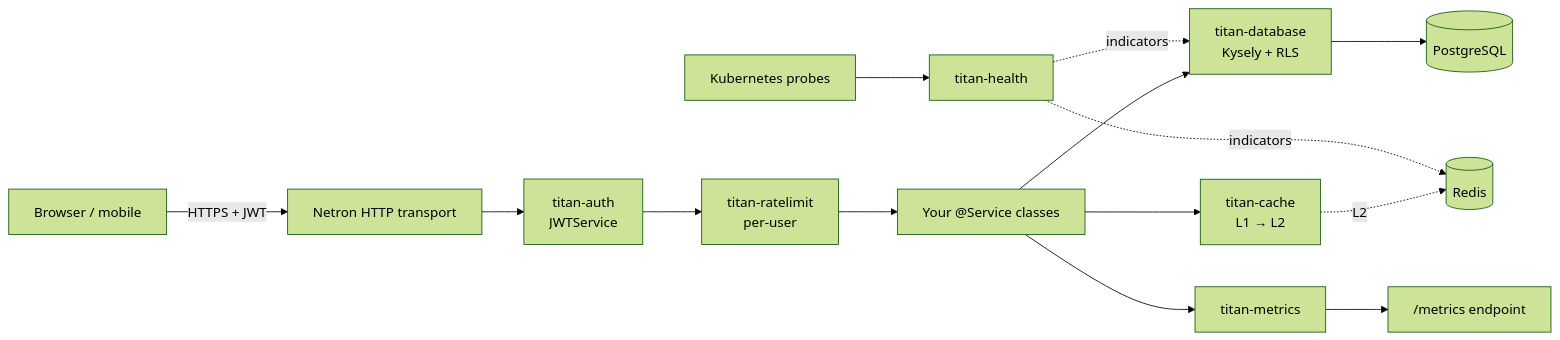
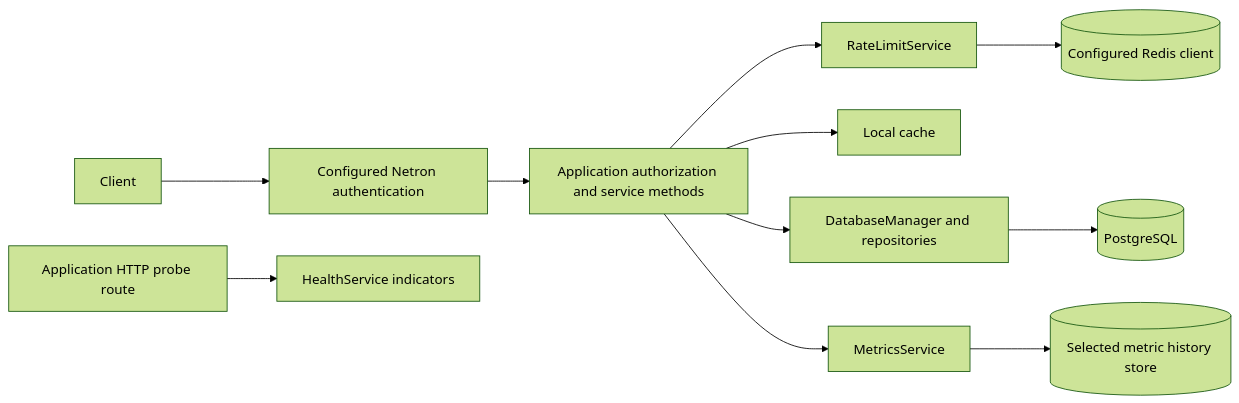
The diagram in docs/titan/recipes/api-service.md (omnitron-dev/website), drawn with Mermaid (forest theme) before and after one commit. The commit also changed other lines of this file and 44 other files, not shown here.

````diff
--- a/docs/titan/recipes/api-service.md
+++ b/docs/titan/recipes/api-service.md
@@ -32,17 +28,13 @@
 ```mermaid
 flowchart LR
-  Client[Browser / mobile]
-  Client -->|HTTPS + JWT| Edge[Netron HTTP transport]
-  Edge --> Auth[titan-auth<br/>JWTService]
-  Auth --> Rate[titan-ratelimit<br/>per-user]
-  Rate --> Service[Your @Service classes]
-  Service --> Cache[titan-cache<br/>L1 → L2]
-  Cache -.L2.-> Redis[(Redis)]
-  Service --> DB[titan-database<br/>Kysely + RLS]
+  Client[Client] --> Boundary[Configured Netron authentication]
+  Boundary --> API[Application authorization and service methods]
+  API --> Limit[RateLimitService]
+  API --> Cache[Local cache]
+  API --> DB[DatabaseManager and repositories]
+  API --> Metrics[MetricsService]
+  Limit --> Redis[(Configured Redis client)]
   DB --> PG[(PostgreSQL)]
-  Service --> Metrics[titan-metrics]
-  Health[titan-health] -.indicators.-> DB
-  Health -.indicators.-> Redis
-  Probe[Kubernetes probes] --> Health
-  Metrics --> Prom["/metrics endpoint"]
+  Metrics --> History[(Selected metric history store)]
+  Probe[Application HTTP probe route] --> Health[HealthService indicators]
 ```
````
